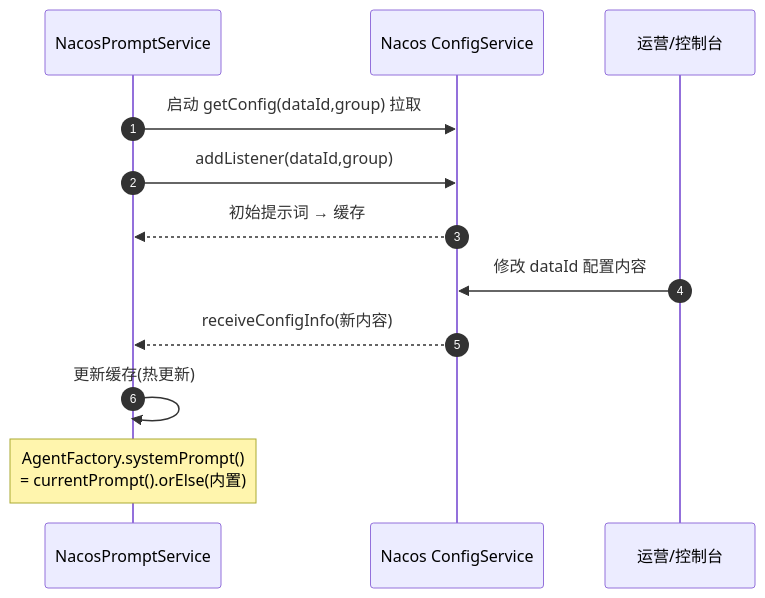
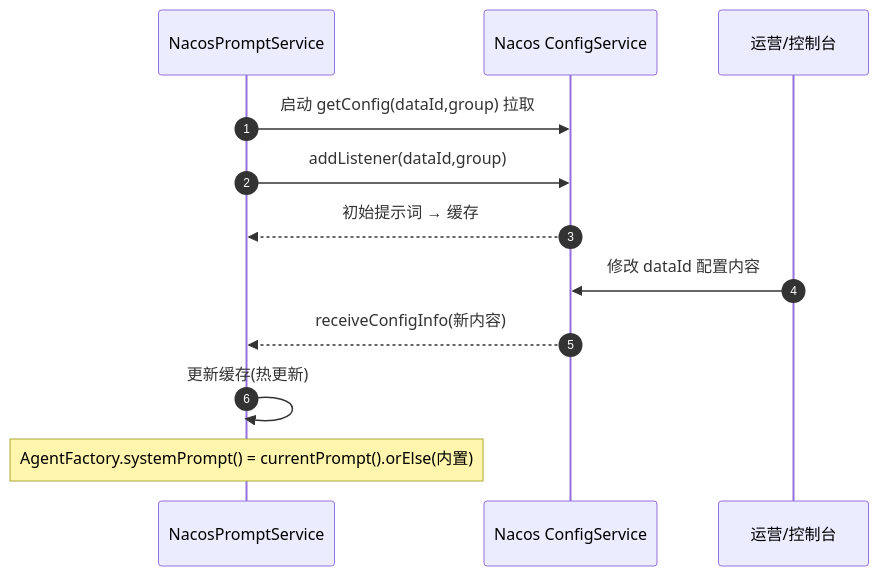
One commit to liulangjietou/customer_work changed diagram 25 of 26 in docs/详细技术文档.md. Above: the diagram before and after it, drawn with Mermaid. The commit also changed other lines of this file, not shown here.

First line of the commit message:
docs: 详细技术文档整篇重写为 AgentScope 2.0 版

````diff
--- a/docs/详细技术文档.md
+++ b/docs/详细技术文档.md
@@ -679,14 +782,14 @@
 ```mermaid
 sequenceDiagram
     autonumber
     participant App as NacosPromptService
     participant N as Nacos ConfigService
     participant Ops as 运营/控制台
     App->>N: 启动 getConfig(dataId,group) 拉取
     App->>N: addListener(dataId,group)
     N-->>App: 初始提示词 → 缓存
     Ops->>N: 修改 dataId 配置内容
     N-->>App: receiveConfigInfo(新内容)
     App->>App: 更新缓存(热更新)
-    Note over App: AgentFactory.systemPrompt()<br/>= currentPrompt().orElse(内置)
+    Note over App: AgentFactory.systemPrompt() = currentPrompt().orElse(内置)
 ```
````
